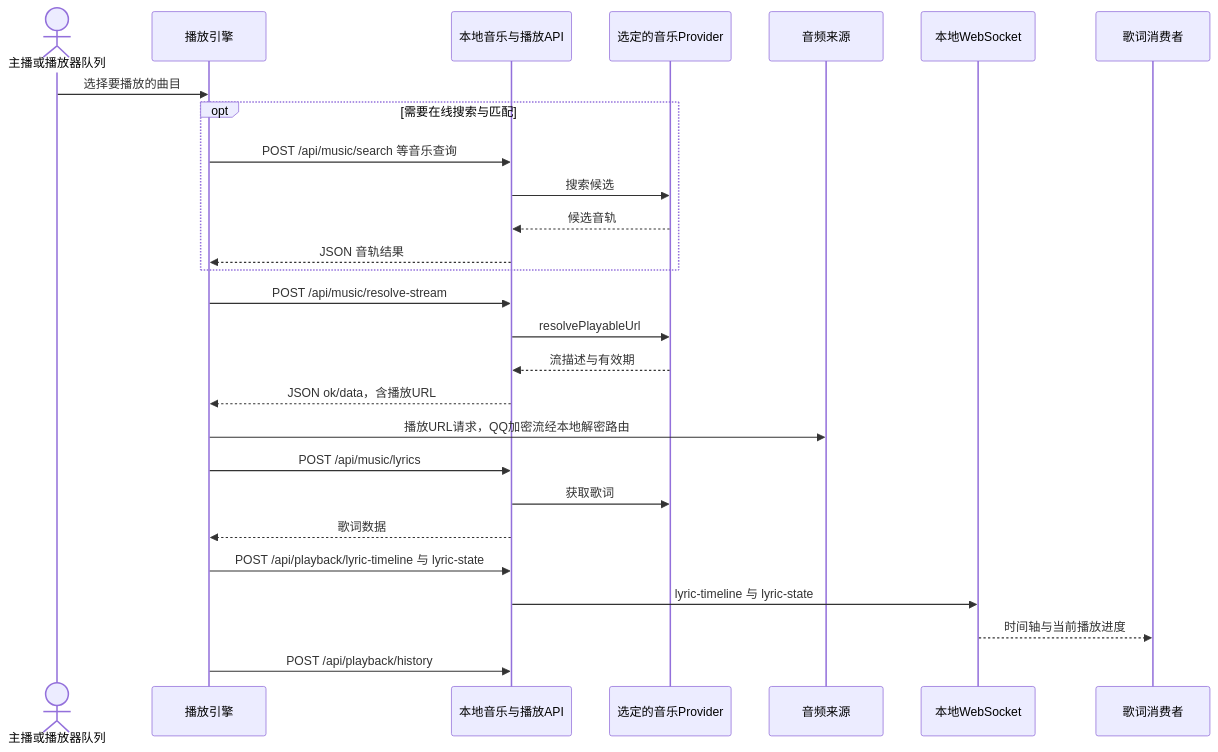
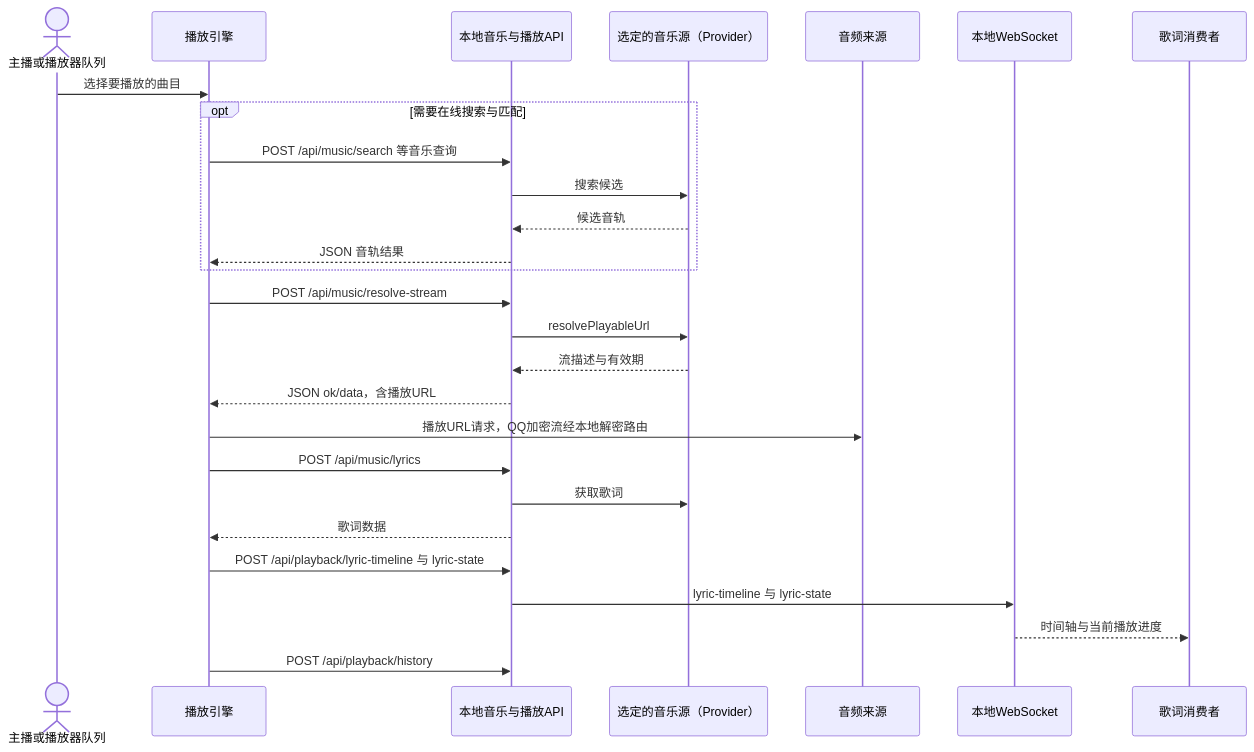
Before and after one commit to AuroraWhisperer/LIRA: the second of 2 diagrams in docs/architecture/diagrams/song-request-flow.md, drawn with Mermaid. The commit also changed other lines of this file and 204 other files, not shown here.

````diff
--- a/docs/architecture/diagrams/song-request-flow.md
+++ b/docs/architecture/diagrams/song-request-flow.md
@@ -30,29 +30,29 @@
 ```mermaid
 sequenceDiagram
     actor User as 主播或播放器队列
     participant FE as 播放引擎
     participant API as 本地音乐与播放API
-    participant P as 选定的音乐Provider
+    participant P as 选定的音乐源（Provider）
     participant CDN as 音频来源
     participant WS as 本地WebSocket
     participant Lyric as 歌词消费者
     User->>FE: 选择要播放的曲目
     opt 需要在线搜索与匹配
         FE->>API: POST /api/music/search 等音乐查询
         API->>P: 搜索候选
         P-->>API: 候选音轨
         API-->>FE: JSON 音轨结果
     end
     FE->>API: POST /api/music/resolve-stream
     API->>P: resolvePlayableUrl
     P-->>API: 流描述与有效期
     API-->>FE: JSON ok/data，含播放URL
     FE->>CDN: 播放URL请求，QQ加密流经本地解密路由
     FE->>API: POST /api/music/lyrics
     API->>P: 获取歌词
     API-->>FE: 歌词数据
     FE->>API: POST /api/playback/lyric-timeline 与 lyric-state
     API->>WS: lyric-timeline 与 lyric-state
     WS-->>Lyric: 时间轴与当前播放进度
     FE->>API: POST /api/playback/history
 ```
````
